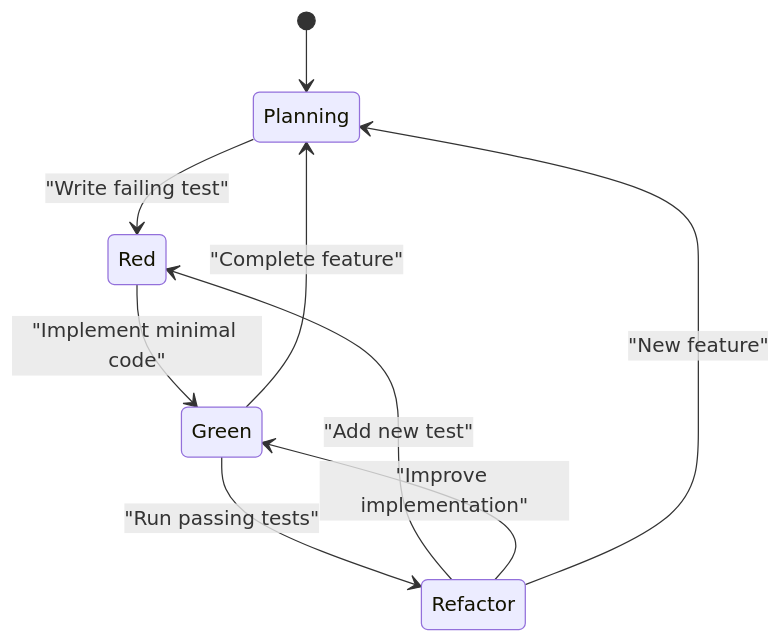
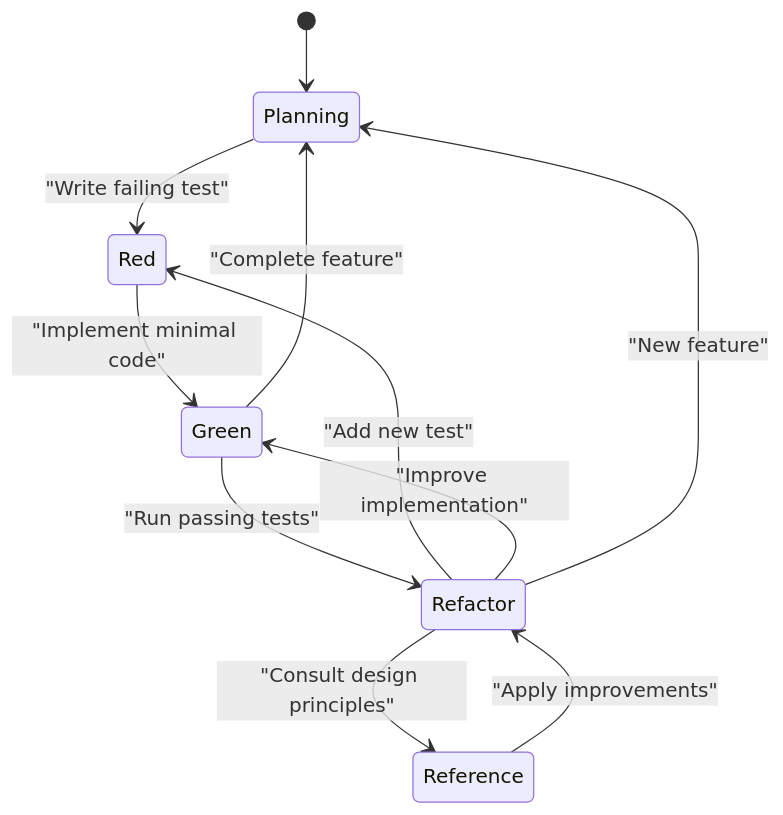
The fourth of 5 diagrams in .qoder/repowiki/en/content/Skills Reference/Testing & Verification Skills/Develop TDD Skill.md (Sherlock-Shi/pi-codex-kit), drawn with Mermaid before and after one commit. The commit also changed other lines of this file and 47 other files, not shown here.

````diff
--- a/.qoder/repowiki/en/content/Skills Reference/Testing & Verification Skills/Develop TDD Skill.md
+++ b/.qoder/repowiki/en/content/Skills Reference/Testing & Verification Skills/Develop TDD Skill.md
@@ -208,11 +240,13 @@
 ```mermaid
 stateDiagram-v2
 [*] --> Planning
 Planning --> Red : "Write failing test"
 Red --> Green : "Implement minimal code"
 Green --> Refactor : "Run passing tests"
 Refactor --> Red : "Add new test"
 Refactor --> Green : "Improve implementation"
 Refactor --> Planning : "New feature"
 Green --> Planning : "Complete feature"
+Refactor --> Reference : "Consult design principles"
+Reference --> Refactor : "Apply improvements"
 ```
````
